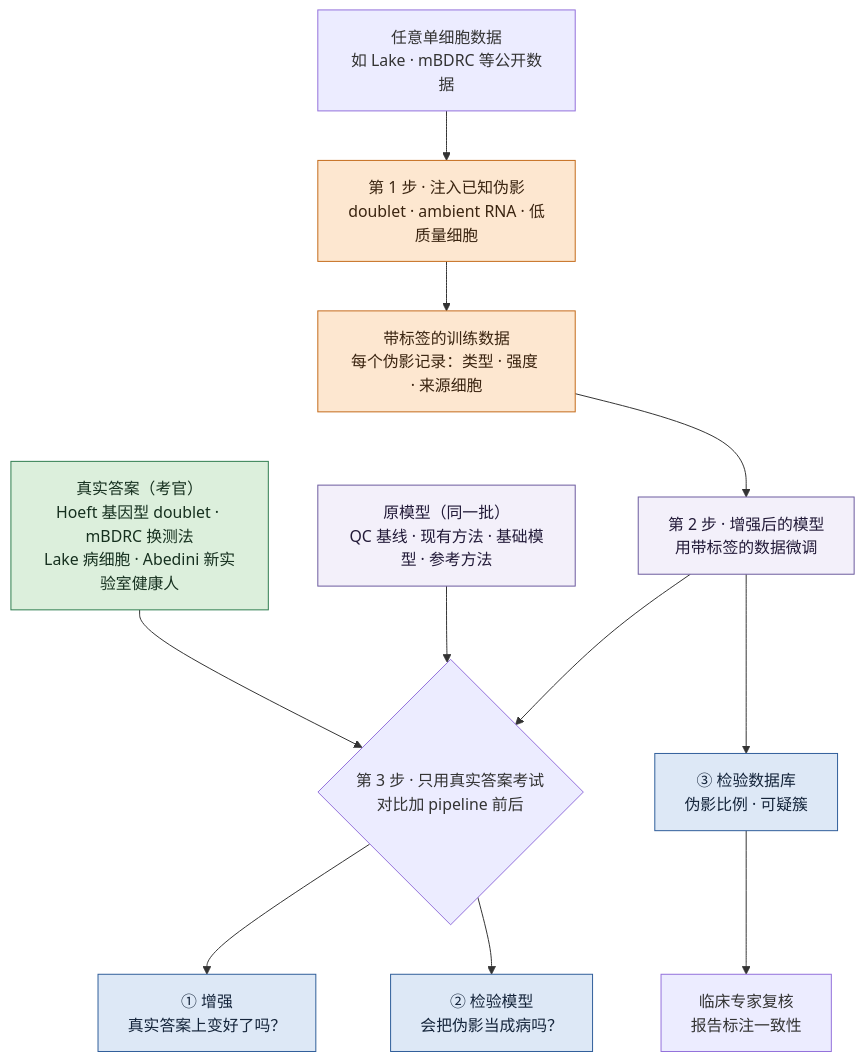
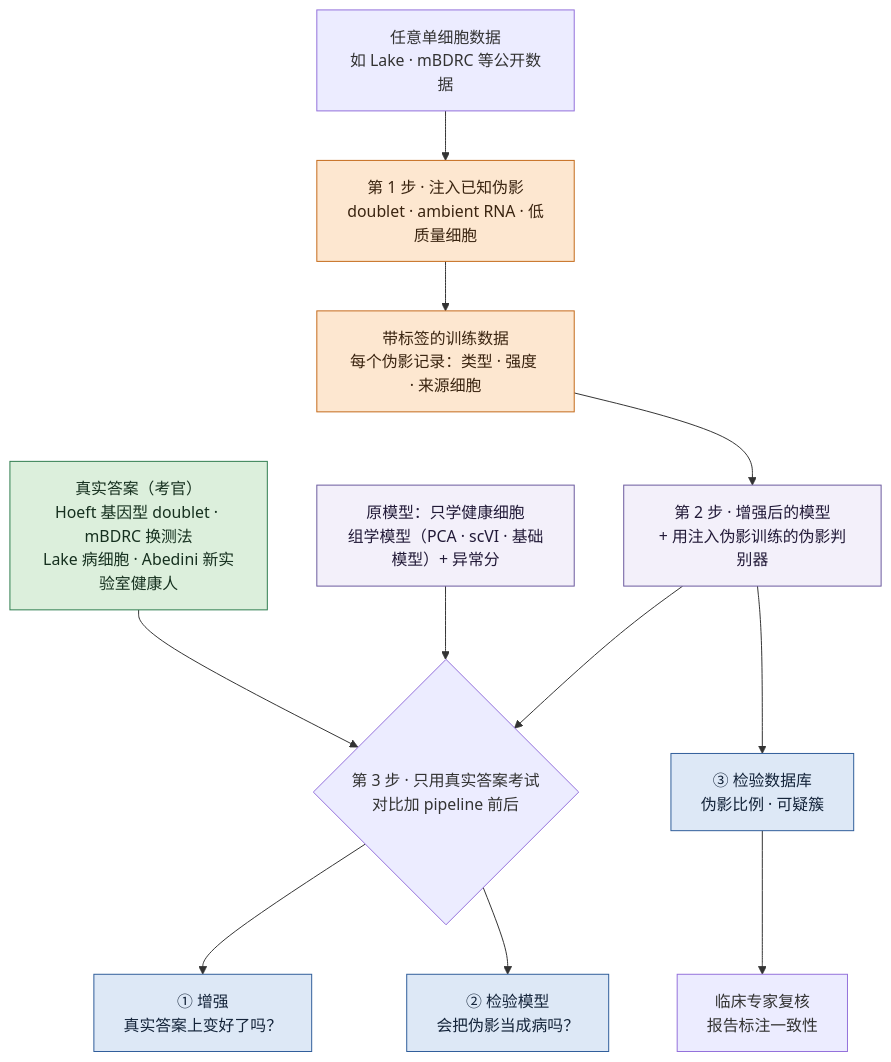
The diagram in docs/research/anomaly-benchmark.zh.md (jasonjin34/Medical_reading_material), drawn with Mermaid before and after one commit. The commit also changed other lines of this file and 41 other files, not shown here.

````diff
--- a/docs/research/anomaly-benchmark.zh.md
+++ b/docs/research/anomaly-benchmark.zh.md
@@ -14,23 +73,23 @@
 ```mermaid
 flowchart TB
   D["任意单细胞数据<br/>如 Lake · mBDRC 等公开数据"] --> P["第 1 步 · 注入已知伪影<br/>doublet · ambient RNA · 低质量细胞"]
   P --> L["带标签的训练数据<br/>每个伪影记录：类型 · 强度 · 来源细胞"]
   L ~~~ R["真实答案（考官）<br/>Hoeft 基因型 doublet · mBDRC 换测法<br/>Lake 病细胞 · Abedini 新实验室健康人"]
-  L ~~~ M0["原模型（同一批）<br/>QC 基线 · 现有方法 · 基础模型 · 参考方法"]
-  L --> M1["第 2 步 · 增强后的模型<br/>用带标签的数据微调"]
+  L ~~~ M0["原模型：只学健康细胞<br/>组学模型（PCA · scVI · 基础模型）+ 异常分"]
+  L --> M1["第 2 步 · 增强后的模型<br/>+ 用注入伪影训练的伪影判别器"]
   M0 --> C{"第 3 步 · 只用真实答案考试<br/>对比加 pipeline 前后"}
   M1 --> C
   R --> C
   C --> U1["① 增强<br/>真实答案上变好了吗？"]
   C --> U2["② 检验模型<br/>会把伪影当成病吗？"]
   M1 --> U3["③ 检验数据库<br/>伪影比例 · 可疑簇"]
   U3 --> E["临床专家复核<br/>报告标注一致性"]
   classDef inj fill:#fde7d0,stroke:#c46a1a,color:#3a2410
   classDef real fill:#dcefdc,stroke:#2f7d4f,color:#16301f
   classDef use fill:#dde8f6,stroke:#2f5d9a,color:#14243a
   classDef model fill:#f3f0fa,stroke:#6b5a9e,color:#221a38
   class P,L inj
   class R real
   class U1,U2,U3 use
   class M0,M1 model
 ```
````
